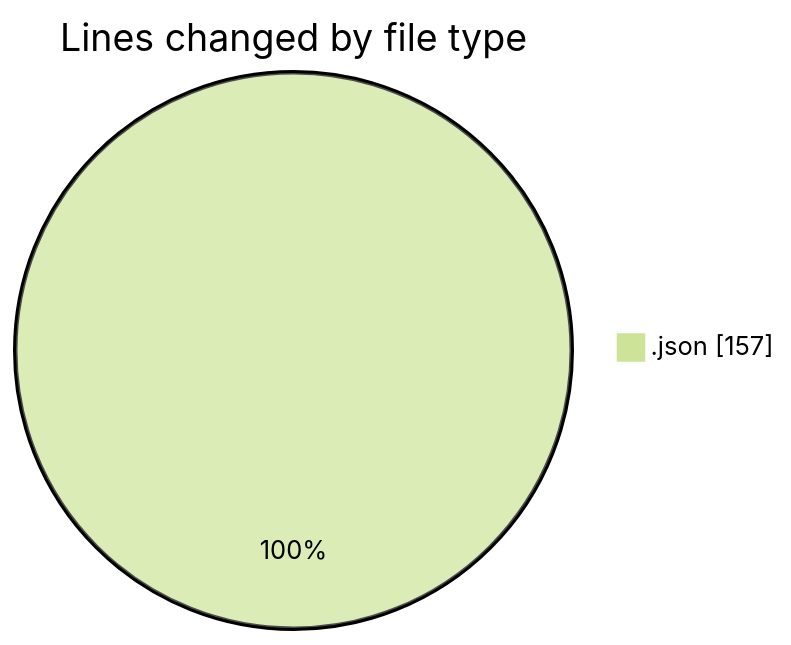
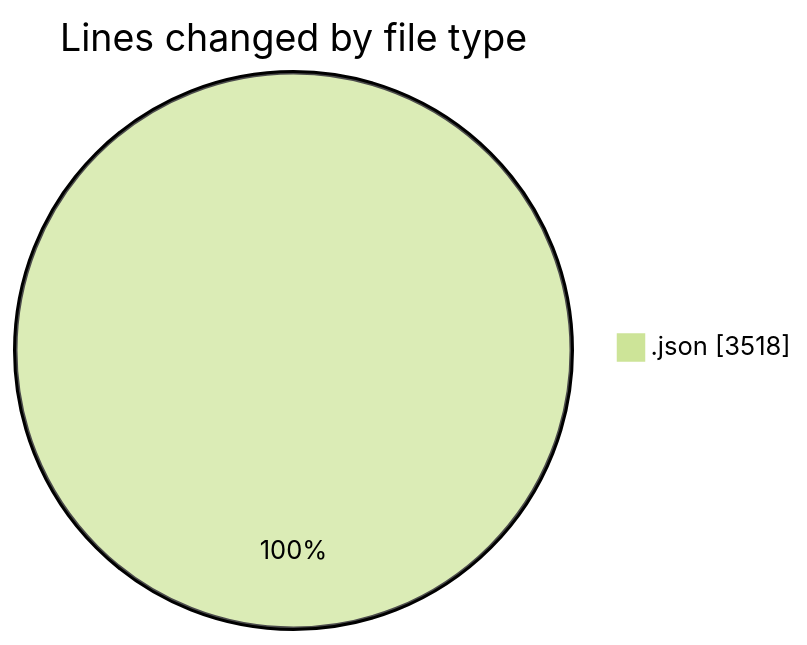
Before and after one commit to EIIisD/code-tracking: the first of 2 diagrams in 2025-08-11/_claude/README.md, drawn with Mermaid (forest theme). The commit also changed other lines of this file and 1 other file, not shown here.

````diff
--- a/2025-08-11/_claude/README.md
+++ b/2025-08-11/_claude/README.md
@@ -21,5 +21,5 @@
 ```mermaid
 pie showData
 title Lines changed by file type
-".json" : 157
+".json" : 3518
 ```
````
